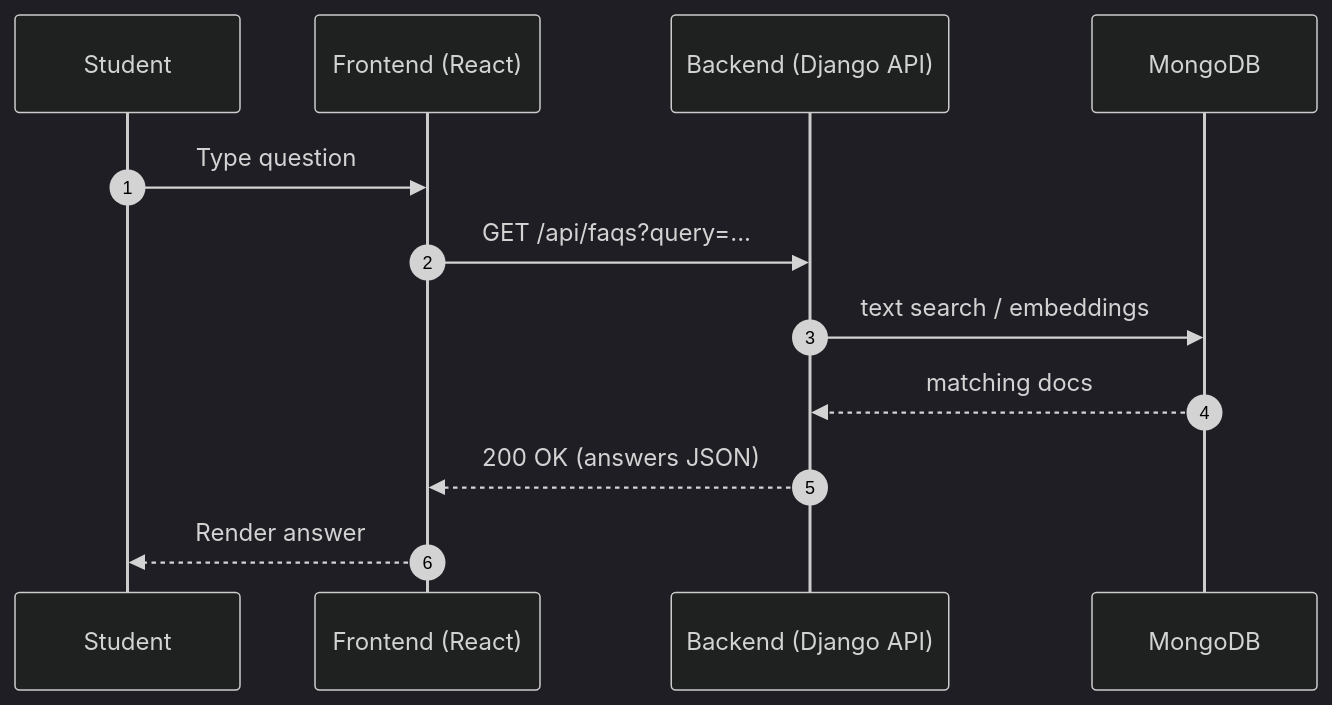
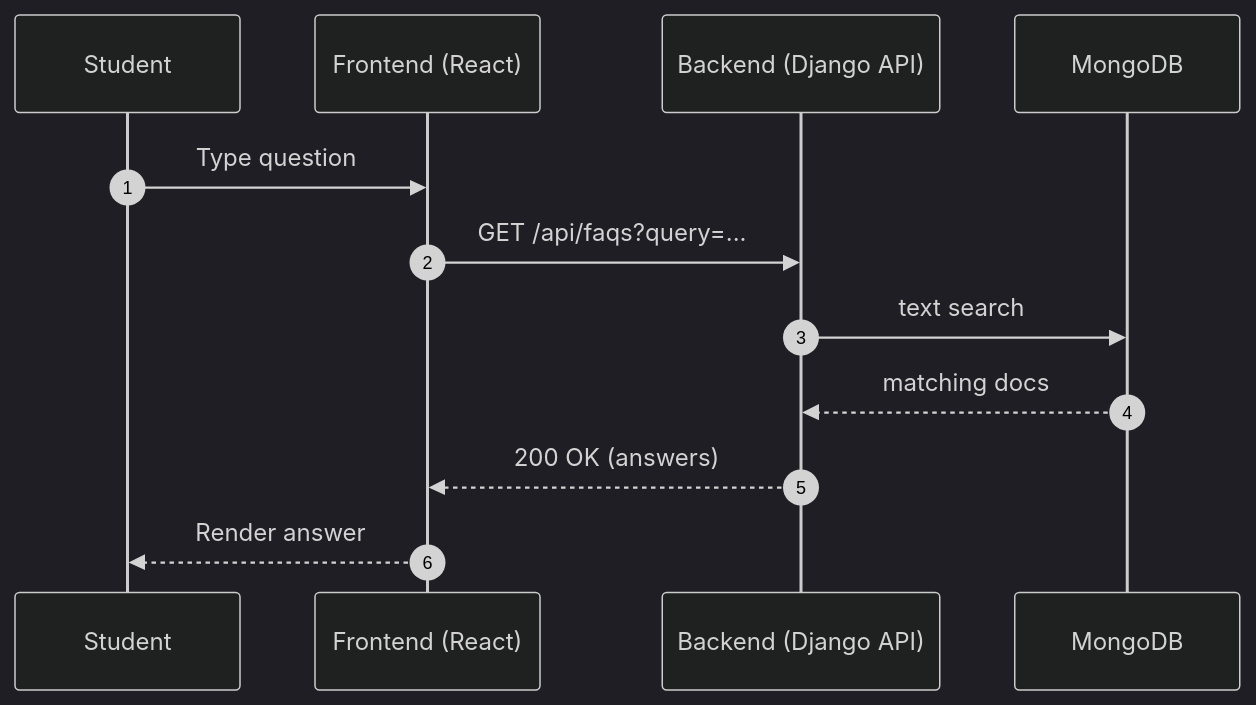
Before and after one commit to M0simi/portfolio: the second of 4 diagrams in Stage3.md, drawn with Mermaid (dark theme). The commit also changed other lines of this file, not shown here.

````diff
--- a/Stage3.md
+++ b/Stage3.md
@@ -131,15 +138,15 @@
 ```mermaid
 sequenceDiagram
   autonumber
   participant Student
   participant FE as Frontend (React)
   participant BE as Backend (Django API)
   participant DB as MongoDB
 
   Student->>FE: Type question
   FE->>BE: GET /api/faqs?query=...
-  BE->>DB: text search / embeddings
+  BE->>DB: text search
   DB-->>BE: matching docs
-  BE-->>FE: 200 OK (answers JSON)
+  BE-->>FE: 200 OK (answers)
   FE-->>Student: Render answer
 ```
````
